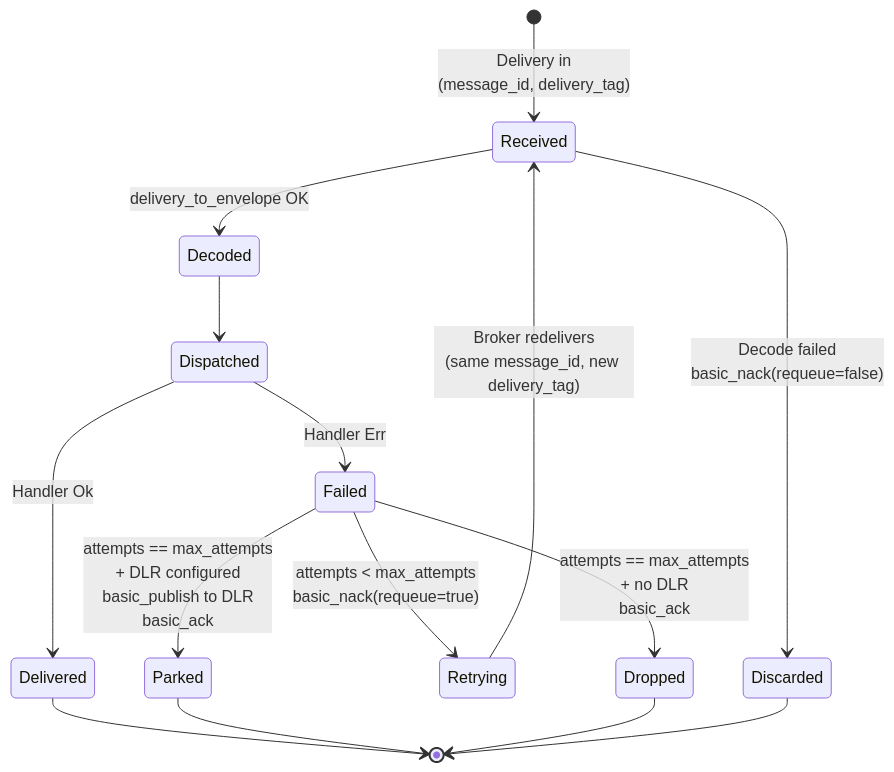
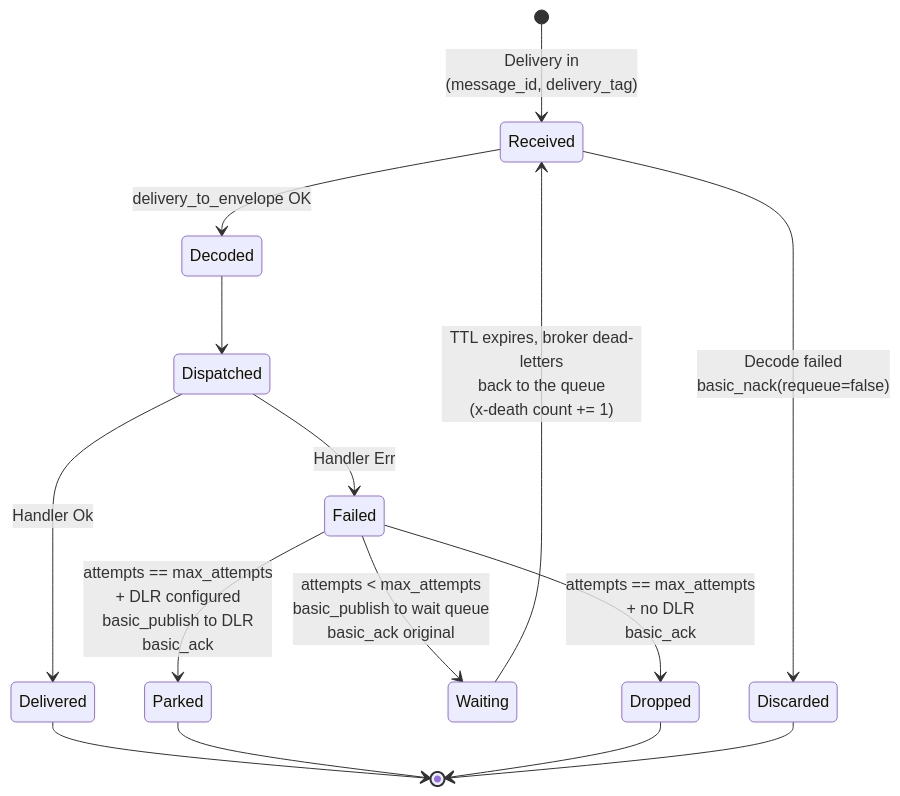
The first of 2 diagrams in docs/concepts/retry-policy.md (nubster-opensources/hexeract), drawn with Mermaid before and after one commit. The commit also changed other lines of this file and 4 other files, not shown here.

````diff
--- a/docs/concepts/retry-policy.md
+++ b/docs/concepts/retry-policy.md
@@ -7,17 +7,17 @@
 ```mermaid
 stateDiagram-v2
     [*] --> Received: Delivery in<br/>(message_id, delivery_tag)
     Received --> Decoded: delivery_to_envelope OK
     Received --> Discarded: Decode failed<br/>basic_nack(requeue=false)
     Decoded --> Dispatched
     Dispatched --> Delivered: Handler Ok
     Dispatched --> Failed: Handler Err
-    Failed --> Retrying: attempts < max_attempts<br/>basic_nack(requeue=true)
-    Retrying --> Received: Broker redelivers<br/>(same message_id, new delivery_tag)
+    Failed --> Waiting: attempts < max_attempts<br/>basic_publish to wait queue<br/>basic_ack original
+    Waiting --> Received: TTL expires, broker dead-letters<br/>back to the queue<br/>(x-death count += 1)
     Failed --> Parked: attempts == max_attempts<br/>+ DLR configured<br/>basic_publish to DLR<br/>basic_ack
     Failed --> Dropped: attempts == max_attempts<br/>+ no DLR<br/>basic_ack
     Delivered --> [*]
     Parked --> [*]
     Dropped --> [*]
     Discarded --> [*]
 ```
````
